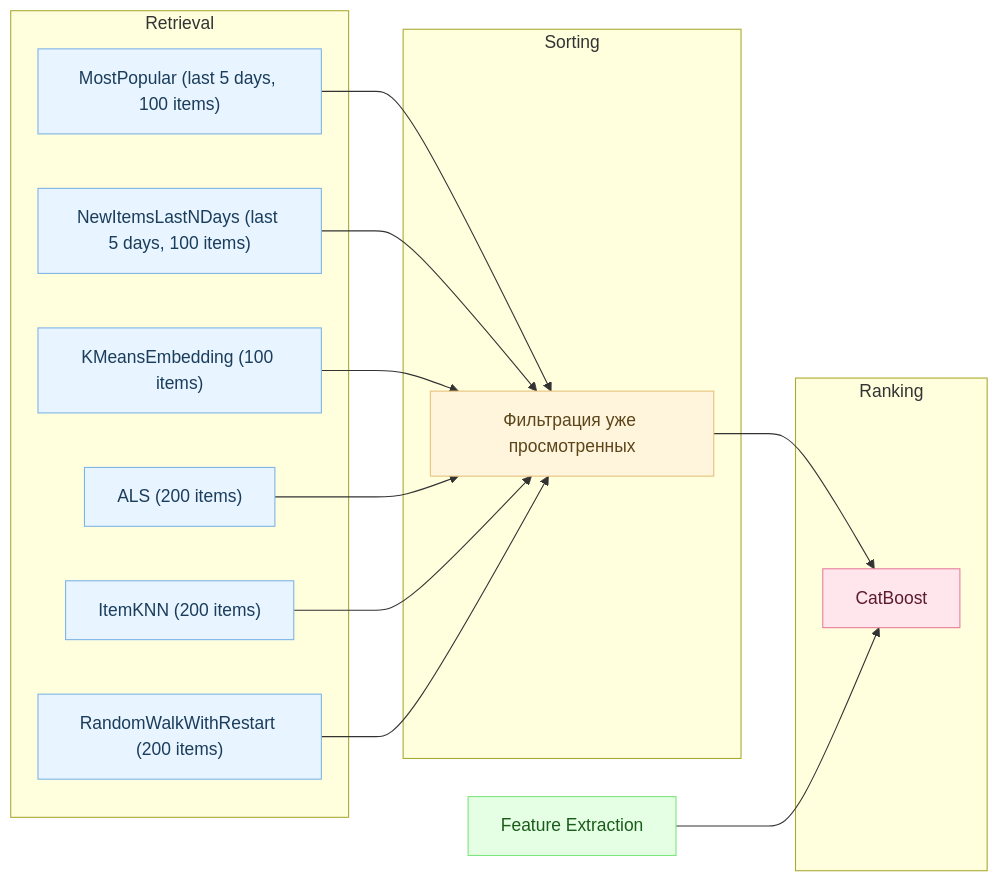
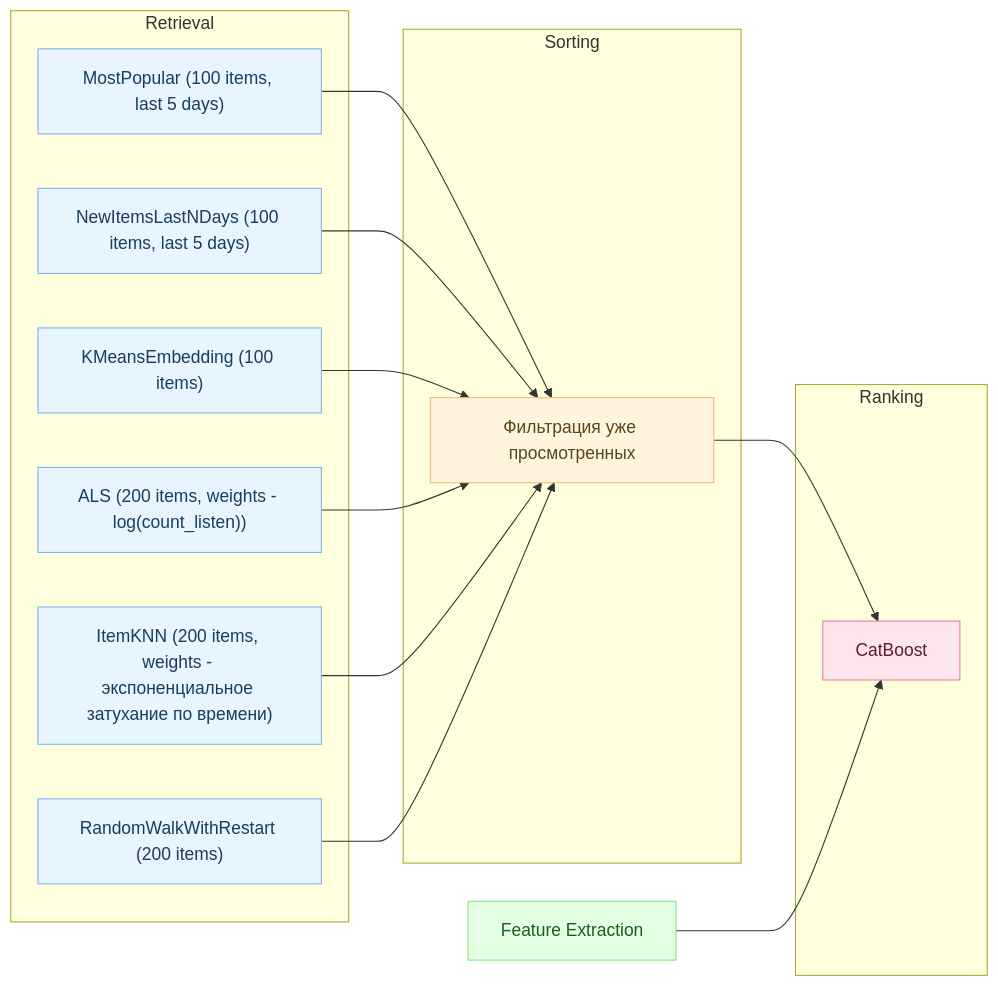
One commit to Nastasy822/music-recommendation-experiments changed the second of 2 diagrams in README.md. Above: the diagram before and after it, drawn with Mermaid.

Commit message:
docs(readme): update diagram

````diff
--- a/README.md
+++ b/README.md
@@ -180,47 +180,47 @@
 ```mermaid
 flowchart LR
 
     %% === Блоки пайплайна ===
     subgraph RETRIEVAL ["Retrieval"]
-        PopAll["MostPopular (last 5 days, 100 items)"]
-        PopUser["NewItemsLastNDays (last 5 days, 100 items)"]
+        PopAll["MostPopular (100 items, last 5 days)"]
+        PopUser["NewItemsLastNDays (100 items, last 5 days)"]
         SIM["KMeansEmbedding (100 items)"]
-        ITEMKNN["ItemKNN (200 items)"]
+        ITEMKNN["ItemKNN (200 items, weights - экспоненциальное затухание по времени)"]
         GRAPH["RandomWalkWithRestart (200 items)"]
-        ALS["ALS (200 items)"]
+        ALS["ALS (200 items, weights - log(count_listen))"]
 
     end
 
     subgraph SORTING ["Sorting"]
         FILTER["Фильтрация уже просмотренных"]
     end
 
     subgraph RANKING ["Ranking"]
         RANK["CatBoost"]
     end
 
     %% === Отдельный нижний блок Feature Extraction ===
     FEATS["Feature Extraction"]
 
     %% === Потоки данных ===
     PopAll --> FILTER
     PopUser --> FILTER
     SIM --> FILTER
     ALS --> FILTER
     ITEMKNN --> FILTER
     GRAPH --> FILTER
 
     FILTER --> RANK
     FEATS --> RANK
 
     %% === Цветовые стили ===
     classDef retrieval fill:#e8f4ff,stroke:#7db4e6,color:#1a3d5c;
     classDef sorting fill:#fff5dd,stroke:#e6c27d,color:#5c451a;
     classDef ranking fill:#ffe6ec,stroke:#e67d9c,color:#5c1a2f;
     classDef features fill:#e5ffe5,stroke:#7de67d,color:#1a5c1a;
 
     class PopAll,PopUser,SIM,ALS,ITEMKNN,GRAPH retrieval;
     class FILTER sorting;
     class RANK ranking;
     class FEATS features;
 ```
````
